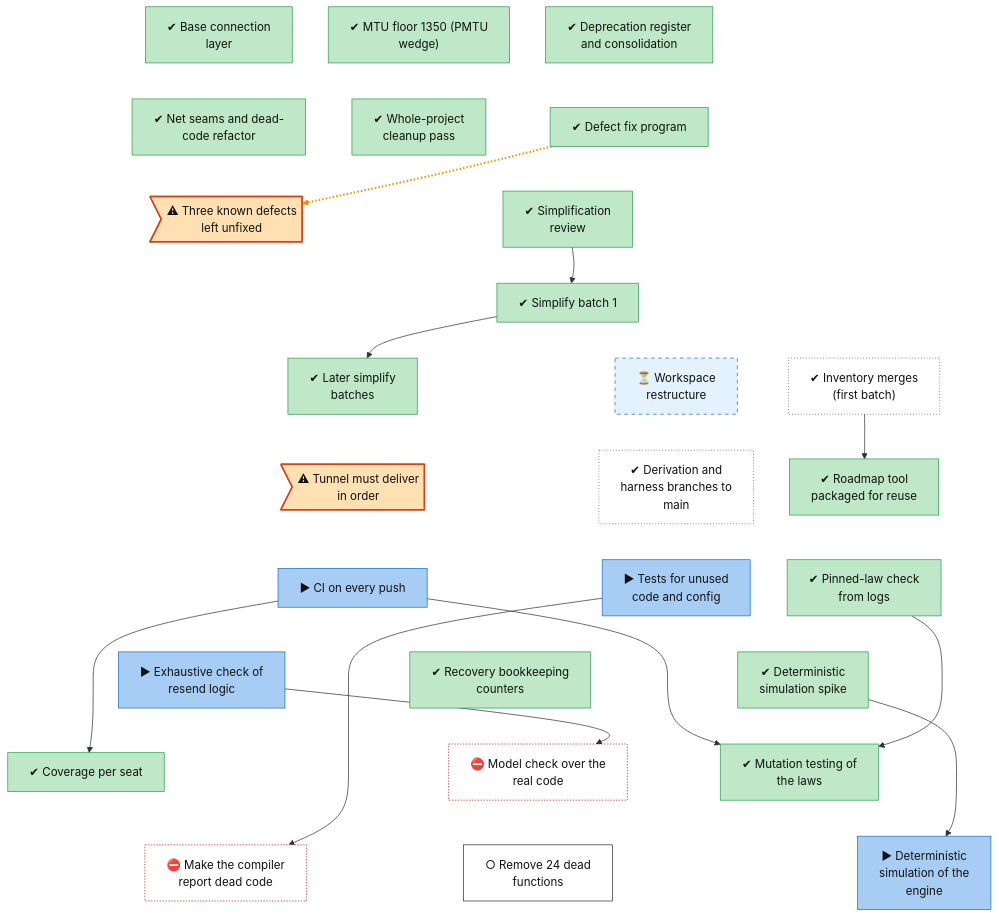
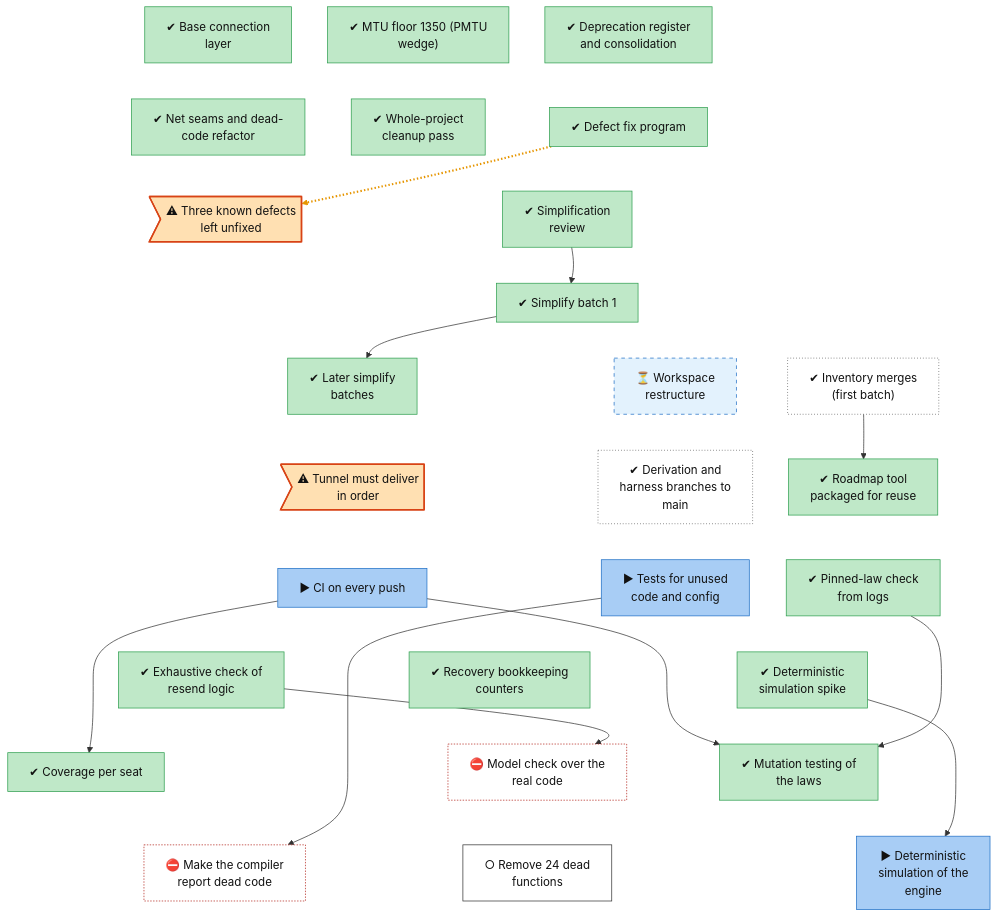
One commit to lhns/raptorpath changed the diagram in docs/roadmap/tracks/infra.md. Above: the diagram before and after it, drawn with Mermaid. The commit also changed other lines of this file and 3 other files, not shown here.

Commit message:
roadmap: model check merged; static audits wait for the tunnel guard

````diff
--- a/docs/roadmap/tracks/infra.md
+++ b/docs/roadmap/tracks/infra.md
@@ -27,7 +27,7 @@
     infra_test_ci_gate["▶ CI on every push"]
     infra_test_static_audits["▶ Tests for unused<br/>code and config"]
     infra_test_pinned_law_check["✔ Pinned-law check<br/>from logs"]
-    infra_test_recovery_model["▶ Exhaustive check of<br/>resend logic"]
+    infra_test_recovery_model["✔ Exhaustive check of<br/>resend logic"]
     infra_test_sim_spike["✔ Deterministic<br/>simulation spike"]
     infra_test_recovery_counters["✔ Recovery bookkeeping<br/>counters"]
     infra_test_seat_coverage["✔ Coverage per seat"]
@@ -86,11 +86,11 @@
     classDef userdec fill:#d9c2f0,stroke:#7b3fb5,color:#111
     classDef defect fill:#ffe0b2,stroke:#d84315,stroke-width:2px,color:#111
     classDef waiting fill:#e3f2fd,stroke:#1f6fc5,stroke-dasharray:5 5,color:#111
-    class infra_early_platform,infra_mtu_floor,infra_consolidation,infra_net_seams,infra_cleanup_0927,infra_fix_program,infra_simplify_review,infra_simplify_batch1,infra_simplify_batch2,infra_tech_tree_skill,infra_test_pinned_law_check,infra_test_sim_spike,infra_test_recovery_counters,infra_test_seat_coverage,infra_test_mutation succ
+    class infra_early_platform,infra_mtu_floor,infra_consolidation,infra_net_seams,infra_cleanup_0927,infra_fix_program,infra_simplify_review,infra_simplify_batch1,infra_simplify_batch2,infra_tech_tree_skill,infra_test_pinned_law_check,infra_test_recovery_model,infra_test_sim_spike,infra_test_recovery_counters,infra_test_seat_coverage,infra_test_mutation succ
     class infra_defect_recorded_not_fixed,infra_tunnel_inorder_guard defect
     class infra_restructure waiting
     class infra_inventory_merges,infra_derivation_merges unrated
-    class infra_test_ci_gate,infra_test_static_audits,infra_test_recovery_model,infra_test_sim_engine inprog
+    class infra_test_ci_gate,infra_test_static_audits,infra_test_sim_engine inprog
     class infra_test_model_real_decisions,infra_test_pub_narrowing blocked
     class infra_dead_code_batch next
 ```
````
